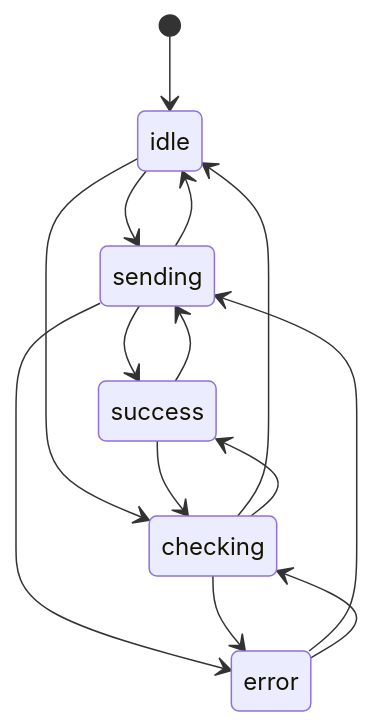
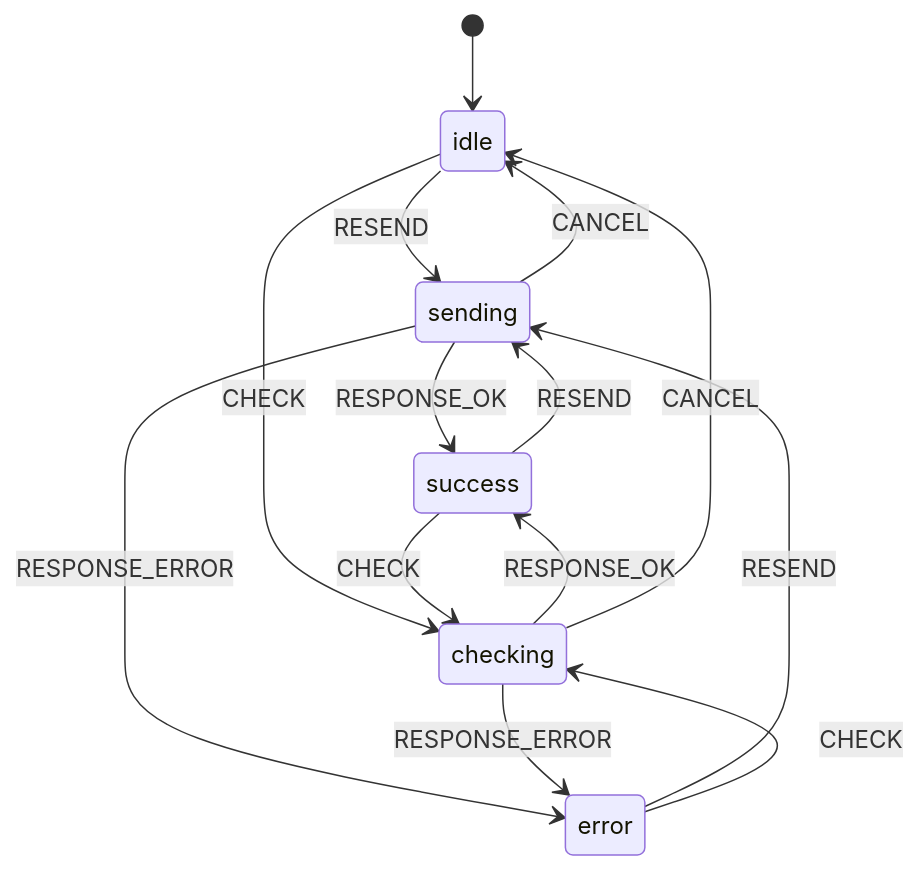
Diagram 39 of 52 in docs/contributing/state-machines.md (kody-hq/kody), drawn with Mermaid before and after one commit. The commit also changed other lines of this file and 78 other files, not shown here.

Commit message:
refactor: drive UI flows with XState actors

````diff
--- a/docs/contributing/state-machines.md
+++ b/docs/contributing/state-machines.md
@@ -1292,16 +1348,16 @@
 ```mermaid
 stateDiagram-v2
     [*] --> idle
-    idle --> sending
-    idle --> checking
-    sending --> idle
-    sending --> success
-    sending --> error
-    checking --> idle
-    checking --> success
-    checking --> error
-    success --> sending
-    success --> checking
-    error --> sending
-    error --> checking
+    idle --> sending: RESEND
+    idle --> checking: CHECK
+    sending --> success: RESPONSE_OK
+    sending --> error: RESPONSE_ERROR
+    sending --> idle: CANCEL
+    checking --> success: RESPONSE_OK
+    checking --> error: RESPONSE_ERROR
+    checking --> idle: CANCEL
+    success --> sending: RESEND
+    success --> checking: CHECK
+    error --> sending: RESEND
+    error --> checking: CHECK
 ```
````
